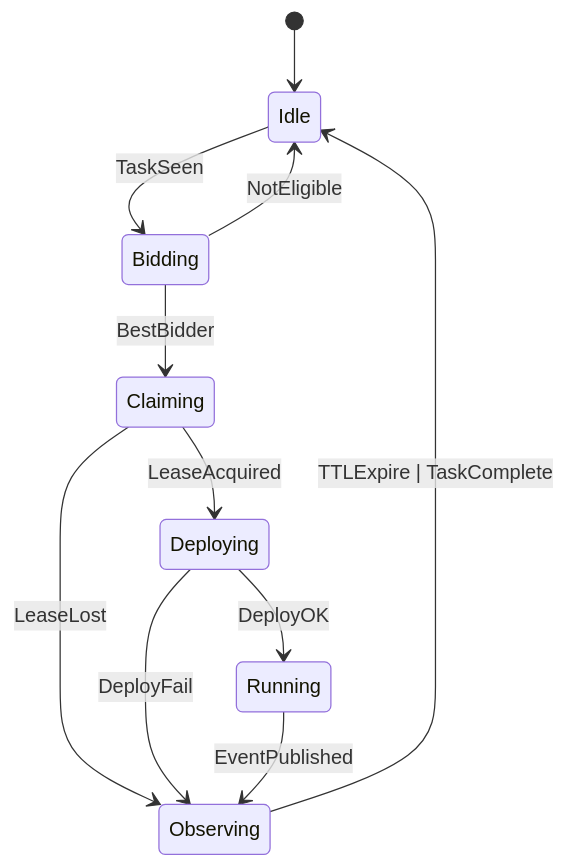
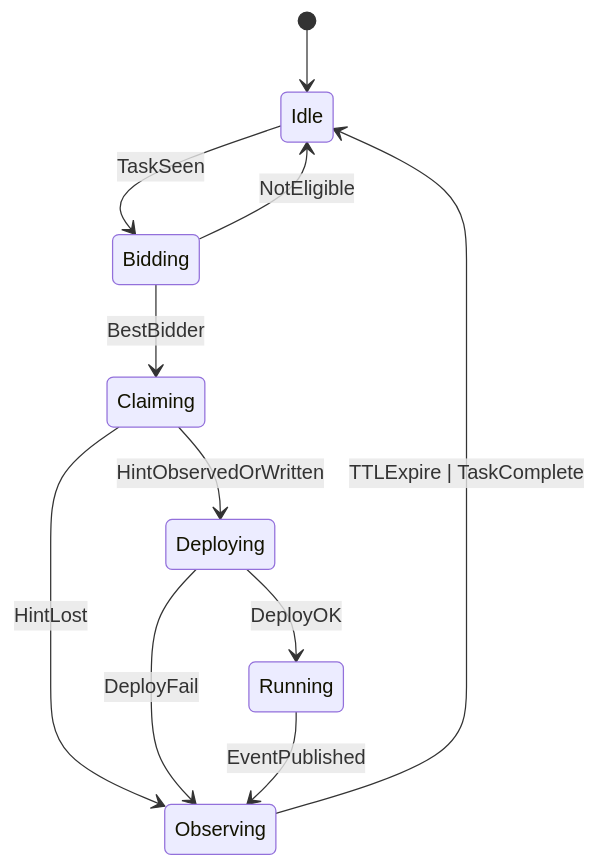
Before and after one commit to beemesh/beemesh: the second of 3 diagrams in machineplane/README.md, drawn with Mermaid. The commit also changed other lines of this file, not shown here.

````diff
--- a/machineplane/README.md
+++ b/machineplane/README.md
@@ -87,13 +92,13 @@
 ```mermaid
 stateDiagram-v2
   [*] --> Idle
   Idle --> Bidding: TaskSeen
   Bidding --> Idle: NotEligible
   Bidding --> Claiming: BestBidder
-  Claiming --> Deploying: LeaseAcquired
-  Claiming --> Observing: LeaseLost
+  Claiming --> Deploying: HintObservedOrWritten
+  Claiming --> Observing: HintLost
   Deploying --> Running: DeployOK
   Deploying --> Observing: DeployFail
   Running --> Observing: EventPublished
   Observing --> Idle: TTLExpire | TaskComplete
 ```
````
